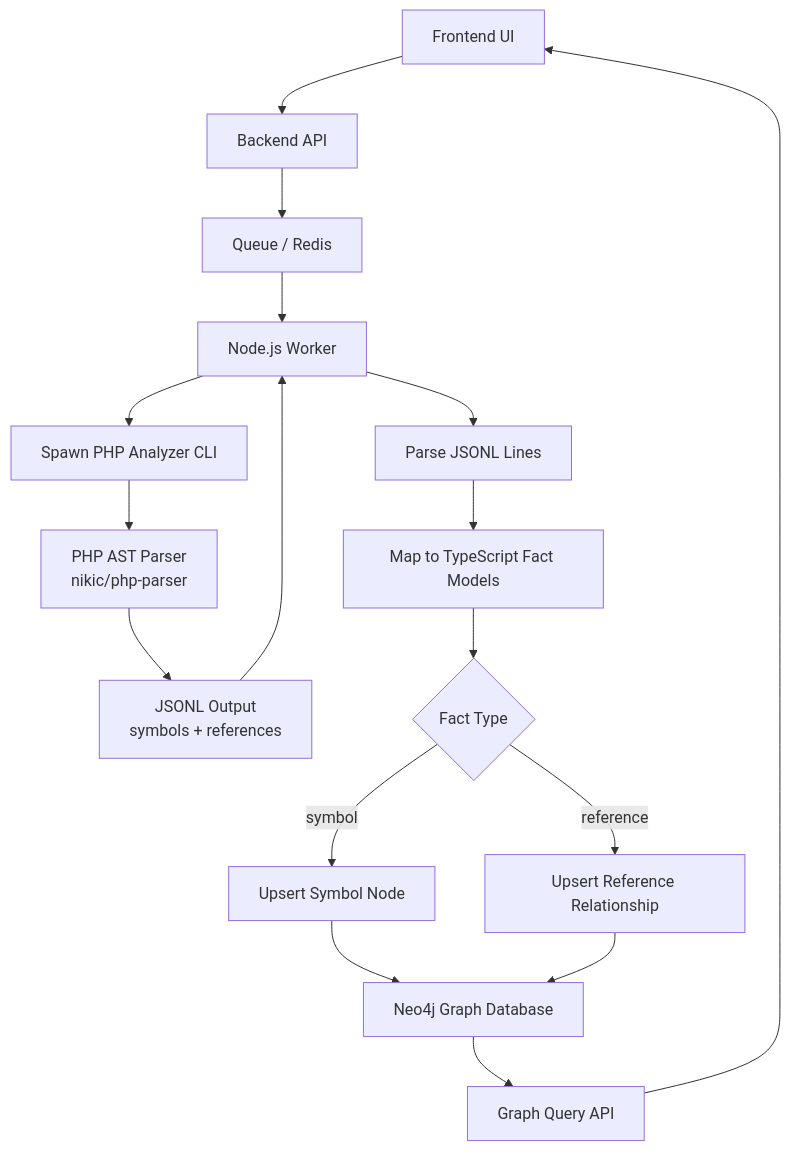
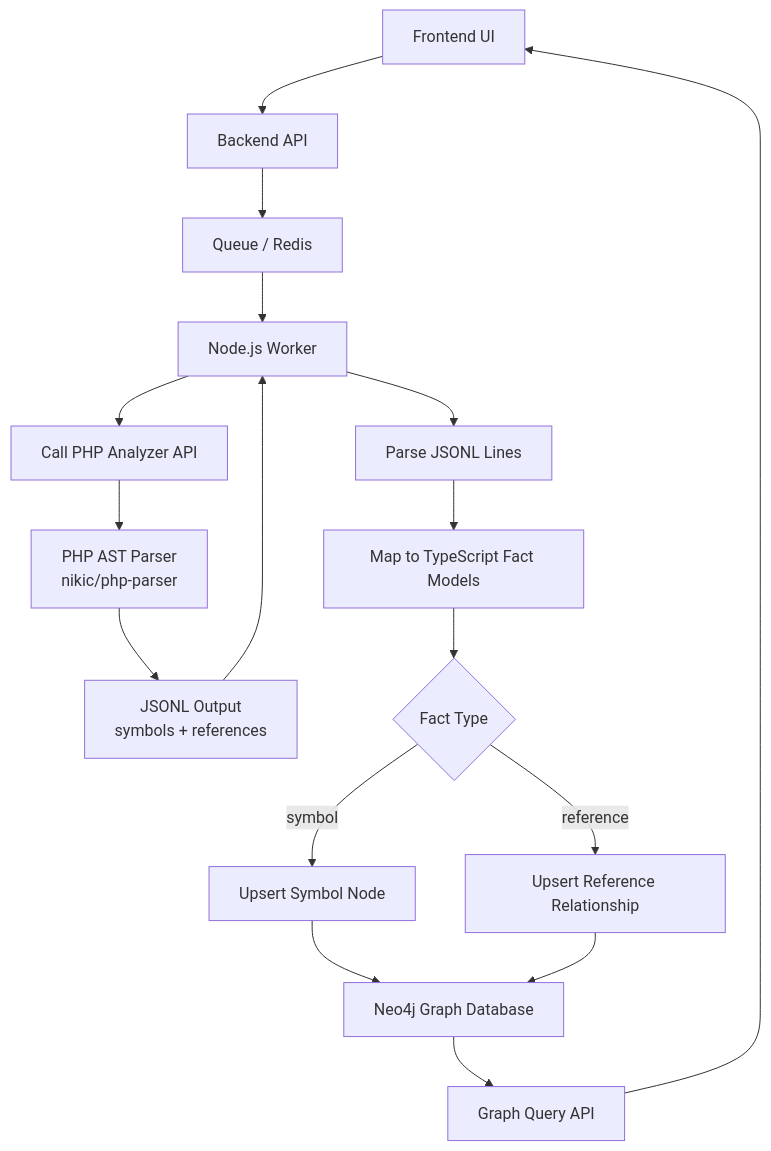
Before and after one commit to DavidBelicza/Magento-MCP-Server: the first of 5 diagrams in docs/architecture_world_mapping.md, drawn with Mermaid. The commit also changed other lines of this file and 21 other files, not shown here.

First line of the commit message:
Refactor PHP analyzer from CLI to HTTP microservice

````diff
--- a/docs/architecture_world_mapping.md
+++ b/docs/architecture_world_mapping.md
@@ -7,27 +7,27 @@
 ```mermaid
 flowchart TD
     A[Frontend UI] --> B[Backend API]
     B --> C[Queue / Redis]
     C --> D[Node.js Worker]
 
-    D --> E[Spawn PHP Analyzer CLI]
+    D --> E[Call PHP Analyzer API]
     E --> F[PHP AST Parser<br/>nikic/php-parser]
 
     F --> G[JSONL Output<br/>symbols + references]
 
     G --> D
 
     D --> H[Parse JSONL Lines]
     H --> I[Map to TypeScript Fact Models]
 
     I --> J{Fact Type}
 
     J -->|symbol| K[Upsert Symbol Node]
     J -->|reference| L[Upsert Reference Relationship]
 
     K --> M[Neo4j Graph Database]
     L --> M
 
     M --> N[Graph Query API]
     N --> A
 ```
````
